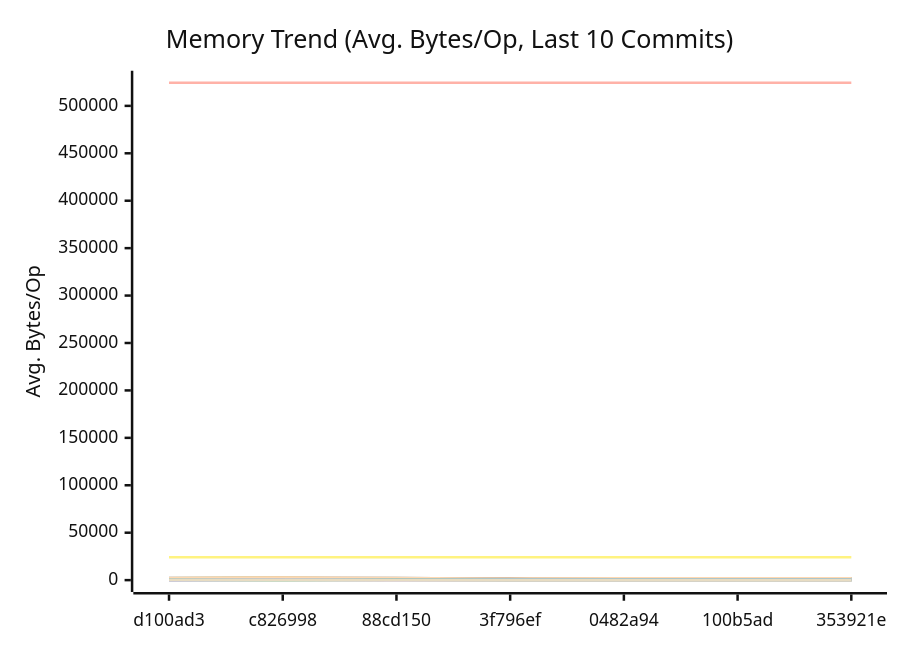
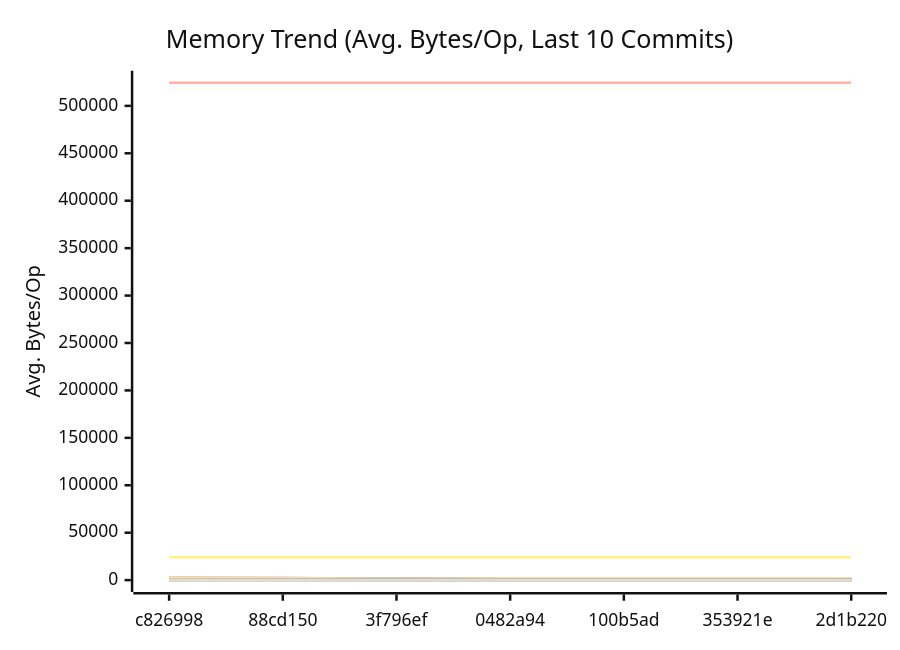
One commit to alsotoes/momo changed the second of 3 diagrams in docs/PERFORMANCE.md. Above: the diagram before and after it, drawn with Mermaid (neutral theme). The commit also changed other lines of this file and 2 other files, not shown here.

````diff
--- a/docs/PERFORMANCE.md
+++ b/docs/PERFORMANCE.md
@@ -300,42 +300,42 @@
 ```mermaid
 xychart-beta
     title "Memory Trend (Avg. Bytes/Op, Last 10 Commits)"
     x-axis "Commit"
     y-axis "Avg. Bytes/Op"
-    x-axis [d100ad3,c826998,88cd150,3f796ef,0482a94,100b5ad,353921e]
-    line "AWSChunkedReaderSigned" [130,147,131,74,125,105,96,107,130,133]
-    line "AWSChunkedReaderUnsigned" [120,153,135,74,112,108,97,108,145,120]
+    x-axis [c826998,88cd150,3f796ef,0482a94,100b5ad,353921e,2d1b220]
+    line "AWSChunkedReaderSigned" [147,131,74,125,105,96,107,130,133,92]
+    line "AWSChunkedReaderUnsigned" [153,135,74,112,108,97,108,145,120,96]
     line "CheckMetricsAndSwap" [0,0,0,0,0,0,0,0,0,0]
     line "CrushOptimized" [0,0,0,0,0,0,0,0,0,0]
     line "CrushOriginal" [164,164,164,164,164,164,164,164,164,164]
-    line "FormatListObjectsV2XML_AppendFormat" [524463,524446,524454,524505,524477,524470,524490,524474,524448,524456]
+    line "FormatListObjectsV2XML_AppendFormat" [524446,524454,524505,524477,524470,524490,524474,524448,524456,524497]
     line "FormatListObjectsV2XML_OldFormat" [24000,24000,24000,24000,24000,24000,24000,24000,24000,24000]
-    line "HashBytes/1MiB" [324,307,303,180,267,275,210,232,295,219]
-    line "HashBytes/256MiB" [242,249,275,156,201,247,231,248,336,241]
-    line "HashBytes/64MiB" [300,306,306,169,238,228,265,264,298,224]
-    line "HashFile/1MiB" [261,261,261,152,222,241,209,217,265,268]
-    line "HashFile/256MiB" [252,283,277,161,242,258,191,237,254,213]
-    line "HashFile/64MiB" [221,273,250,155,239,200,192,237,307,208]
+    line "HashBytes/1MiB" [307,303,180,267,275,210,232,295,219,262]
+    line "HashBytes/256MiB" [249,275,156,201,247,231,248,336,241,209]
+    line "HashBytes/64MiB" [306,306,169,238,228,265,264,298,224,218]
+    line "HashFile/1MiB" [261,261,152,222,241,209,217,265,268,193]
+    line "HashFile/256MiB" [283,277,161,242,258,191,237,254,213,186]
+    line "HashFile/64MiB" [273,250,155,239,200,192,237,307,208,189]
     line "IndexDirectTracking" [0,0,0,0,0,0,0,0,0,0]
     line "IndexSearch" [0,0,0,0,0,0,0,0,0,0]
     line "LoadGlobalConfig" [1976,1976,1976,1976,1976,1976,1976,1976,1976,1976]
-    line "LocalWrite/1MiB" [2004,2716,1034,1217,1691,1967,1729,1822,2210,2188]
-    line "LocalWrite/256MiB" [2223,2404,2222,1422,1646,1959,1986,2025,2273,2129]
-    line "LocalWrite/64MiB" [2158,2776,2232,1512,1973,2038,2017,2019,2009,2055]
+    line "LocalWrite/1MiB" [2716,1034,1217,1691,1967,1729,1822,2210,2188,1670]
+    line "LocalWrite/256MiB" [2404,2222,1422,1646,1959,1986,2025,2273,2129,1901]
+    line "LocalWrite/64MiB" [2776,2232,1512,1973,2038,2017,2019,2009,2055,1696]
     line "PadString" [64,64,64,64,64,64,64,64,64,64]
     line "ParseReplicationOrder_NoPrealloc" [408,408,408,408,408,248,248,248,248,248]
     line "ParseReplicationOrder_Prealloc" [240,240,240,240,240,80,80,80,80,80]
     line "Placement" [352,352,352,352,352,352,352,352,352,352]
     line "PlacementDomainSpread" [352,352,352,352,352,352,352,352,352,352]
-    line "ReadVerify/1MiB" [270,284,342,157,178,241,216,218,270,281]
-    line "ReadVerify/256MiB" [268,303,291,160,208,176,222,249,254,263]
-    line "ReadVerify/64MiB" [295,322,283,141,182,186,222,318,274,236]
-    line "S3PutSpool/1MiB" [254,264,205,129,181,259,187,211,176,177]
-    line "S3PutSpool/256MiB" [271,241,260,133,173,246,154,231,193,232]
-    line "S3PutSpool/64MiB" [286,234,263,133,178,228,171,236,182,189]
+    line "ReadVerify/1MiB" [284,342,157,178,241,216,218,270,281,180]
+    line "ReadVerify/256MiB" [303,291,160,208,176,222,249,254,263,189]
+    line "ReadVerify/64MiB" [322,283,141,182,186,222,318,274,236,196]
+    line "S3PutSpool/1MiB" [264,205,129,181,259,187,211,176,177,159]
+    line "S3PutSpool/256MiB" [241,260,133,173,246,154,231,193,232,187]
+    line "S3PutSpool/64MiB" [234,263,133,178,228,171,236,182,189,172]
     line "SanitizeLog/Safe" [0,0,0,0,0,0,0,0,0,0]
     line "SanitizeLog/Unsafe" [704,704,704,704,704,704,704,704,704,704]
-    line "TrustedRead/1MiB" [325,241,291,135,243,157,183,238,219,242]
-    line "TrustedRead/256MiB" [242,305,231,134,212,170,199,249,188,196]
-    line "TrustedRead/64MiB" [322,299,233,144,186,164,192,222,185,257]
+    line "TrustedRead/1MiB" [241,291,135,243,157,183,238,219,242,197]
+    line "TrustedRead/256MiB" [305,231,134,212,170,199,249,188,196,208]
+    line "TrustedRead/64MiB" [299,233,144,186,164,192,222,185,257,219]
 ```
````
